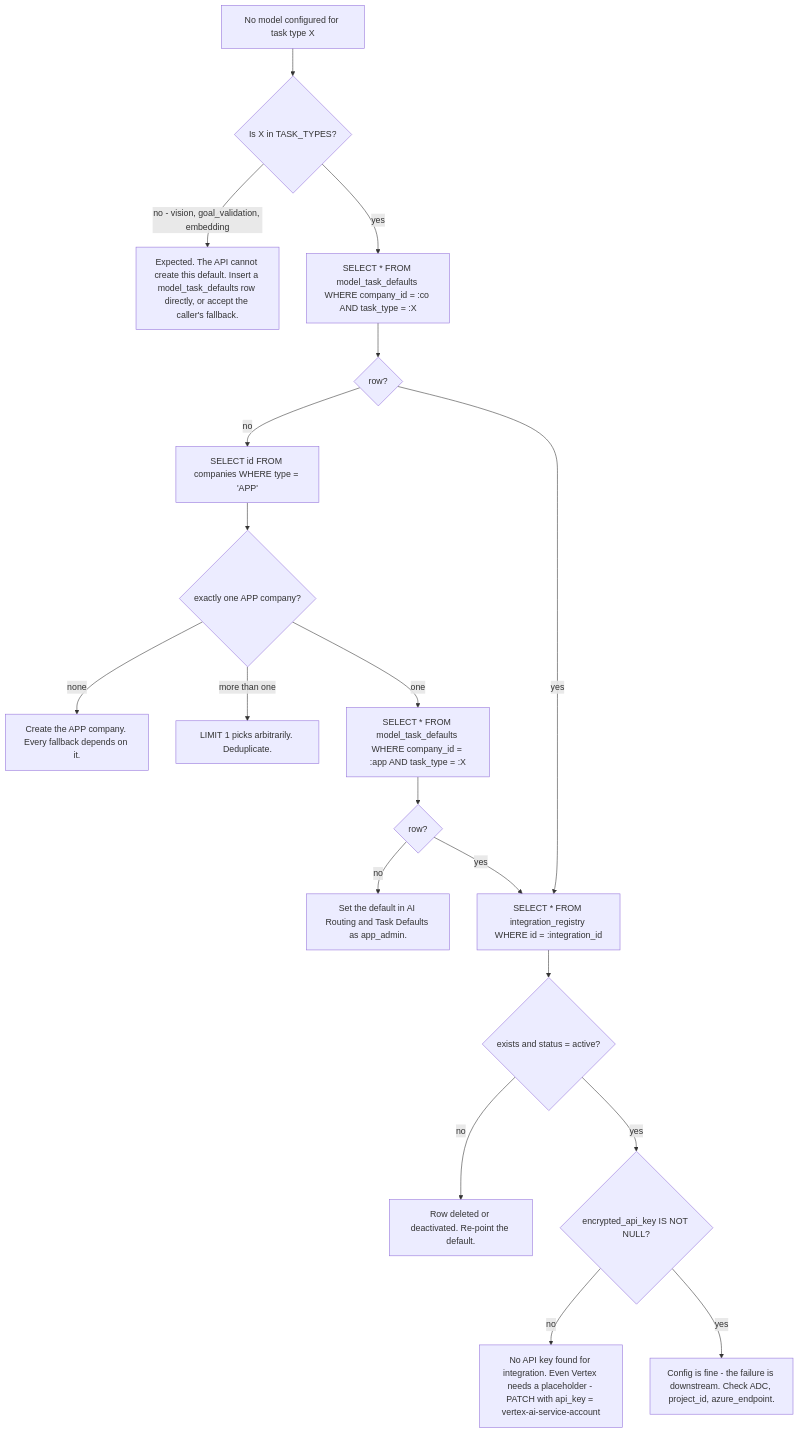
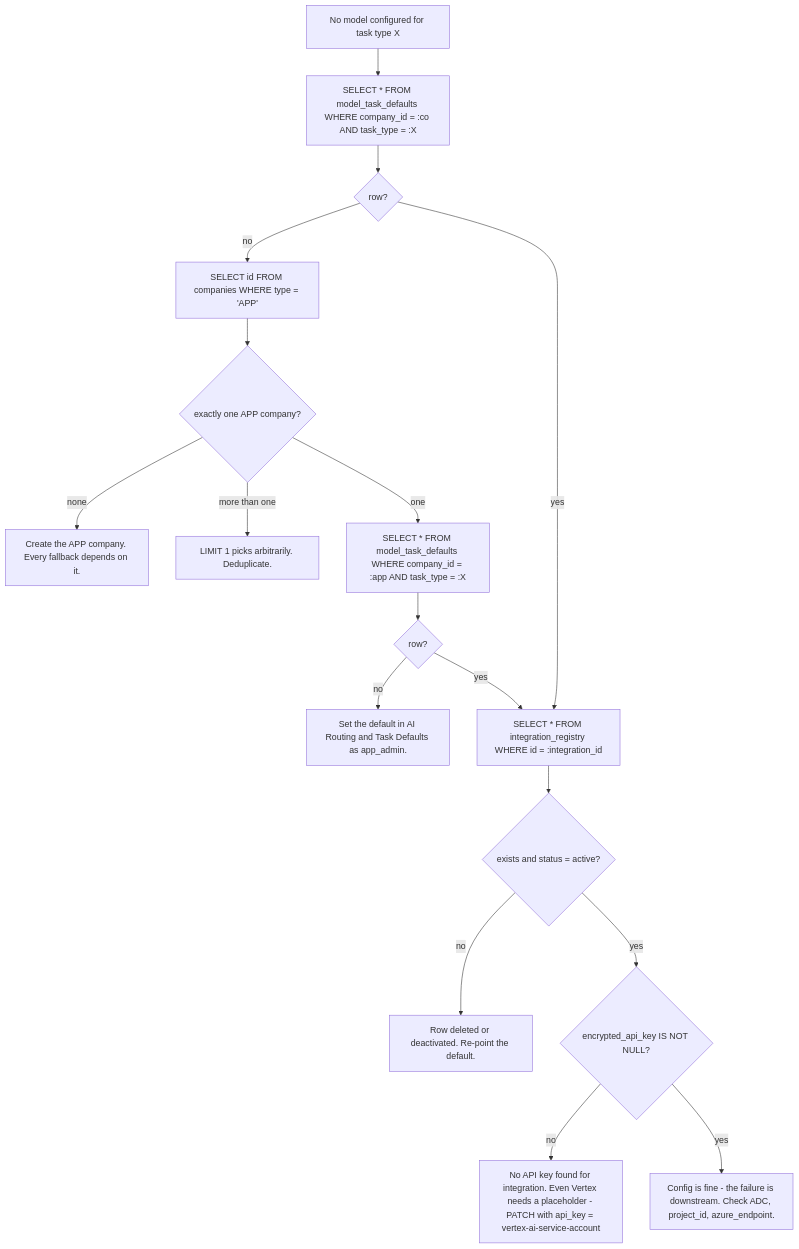
Before and after one commit to gondolerahul/hire-buddha-app: diagram 21 of 22 in docs/current/10-llm-providers.md, drawn with Mermaid. The commit also changed other lines of this file and 6 other files, not shown here.

First line of the commit message:
fix(config): the task-defaults API accepts every task type the code resolves (LP-09)

````diff
--- a/docs/current/10-llm-providers.md
+++ b/docs/current/10-llm-providers.md
@@ -1809,21 +1805,19 @@
 ```mermaid
 flowchart TD
-    A["No model configured for task type X"] --> B{"Is X in TASK_TYPES?"}
-    B -->|"no - vision, goal_validation, embedding"| B1["Expected. The API cannot create this default. Insert a model_task_defaults row directly, or accept the caller's fallback."]
-    B -->|yes| C["SELECT * FROM model_task_defaults WHERE company_id = :co AND task_type = :X"]
+    A["No model configured for task type X"] --> C["SELECT * FROM model_task_defaults WHERE company_id = :co AND task_type = :X"]
     C --> D{"row?"}
     D -->|no| E["SELECT id FROM companies WHERE type = 'APP'"]
     E --> F{"exactly one APP company?"}
     F -->|none| F1["Create the APP company. Every fallback depends on it."]
     F -->|"more than one"| F2["LIMIT 1 picks arbitrarily. Deduplicate."]
     F -->|one| G["SELECT * FROM model_task_defaults WHERE company_id = :app AND task_type = :X"]
     G --> H{"row?"}
     H -->|no| H1["Set the default in AI Routing and Task Defaults as app_admin."]
     H -->|yes| I
     D -->|yes| I["SELECT * FROM integration_registry WHERE id = :integration_id"]
     I --> J{"exists and status = active?"}
     J -->|no| J1["Row deleted or deactivated. Re-point the default."]
     J -->|yes| K{"encrypted_api_key IS NOT NULL?"}
     K -->|no| K1["No API key found for integration. Even Vertex needs a placeholder - PATCH with api_key = vertex-ai-service-account"]
     K -->|yes| L["Config is fine - the failure is downstream. Check ADC, project_id, azure_endpoint."]
 ```
````
